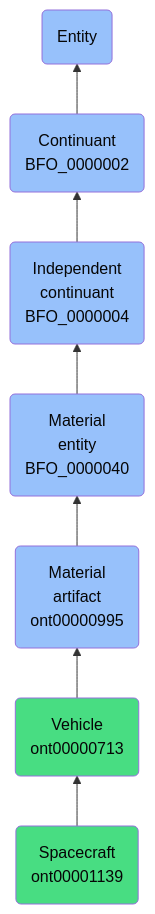
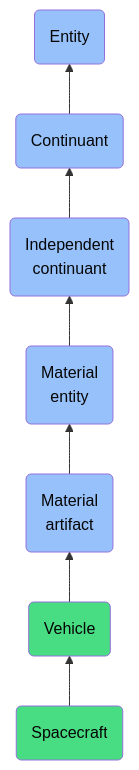
Before and after one commit to jupyter-naas/abi: the diagram in docs/ontology/reference/model/Entity/Continuant/Independent continuant/Material entity/Material artifact/Vehicle/Spacecraft/Spacecraft.md, drawn with Mermaid. The commit also changed other lines of this file and 1430 other files, not shown here.

````diff
--- a/docs/ontology/reference/model/Entity/Continuant/Independent continuant/Material entity/Material artifact/Vehicle/Spacecraft/Spacecraft.md
+++ b/docs/ontology/reference/model/Entity/Continuant/Independent continuant/Material entity/Material artifact/Vehicle/Spacecraft/Spacecraft.md
@@ -24,14 +24,14 @@
 ```mermaid
 graph BT
-    ont00001139(Spacecraft<br>ont00001139):::ABI-->ont00000713
-    ont00000713(Vehicle<br>ont00000713):::ABI-->ont00000995
-    ont00000995(Material<br>artifact<br>ont00000995):::BFO-->BFO_0000040
-    BFO_0000040(Material<br>entity<br>BFO_0000040):::BFO-->BFO_0000004
-    BFO_0000004(Independent<br>continuant<br>BFO_0000004):::BFO-->BFO_0000002
-    BFO_0000002(Continuant<br>BFO_0000002):::BFO-->BFO_0000001
+    ont00001139(Spacecraft):::ABI-->ont00000713
+    ont00000713(Vehicle):::ABI-->ont00000995
+    ont00000995(Material<br>artifact):::BFO-->BFO_0000040
+    BFO_0000040(Material<br>entity):::BFO-->BFO_0000004
+    BFO_0000004(Independent<br>continuant):::BFO-->BFO_0000002
+    BFO_0000002(Continuant):::BFO-->BFO_0000001
     BFO_0000001(Entity):::BFO
     
     classDef BFO fill:#97c1fb,color:#060606
     classDef CCO fill:#e4c51e,color:#060606
     classDef ABI fill:#48DD82,color:#060606
 ```
````
